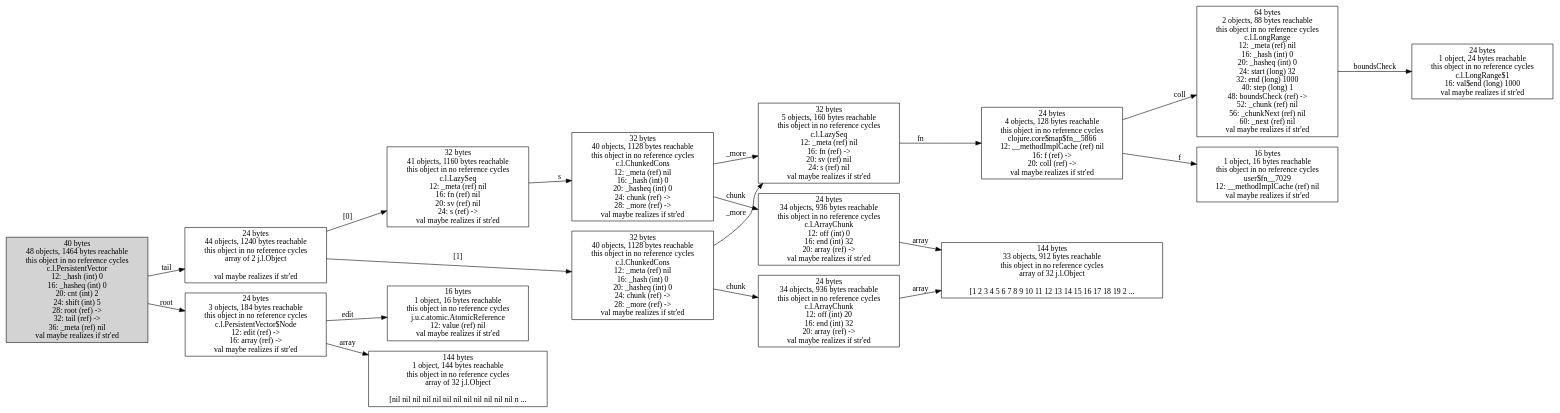
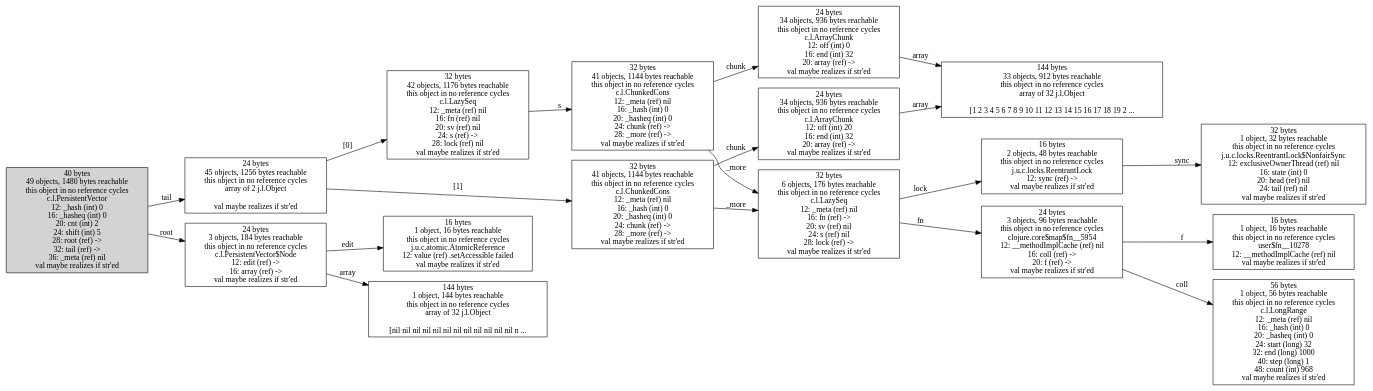
The diagram in doc/images/chunked-seq-and-nthrest-20-realized20.dot (jafingerhut/cljol), drawn with Graphviz before and after one commit. The commit also changed 50 other files, not shown here.

```diff
--- a/doc/images/chunked-seq-and-nthrest-20-realized20.dot
+++ b/doc/images/chunked-seq-and-nthrest-20-realized20.dot
@@ -1,152 +1,161 @@
 digraph {
-graph [layout=dot,rankdir=LR];
-"31898530784" ["scc-num-nodes"=1,label="32 bytes
-40 objects, 1128 bytes reachable
+graph [layout="dot",rankdir="LR"];
+"18113330240" ["reachable-only-from"=19212643200,"scc-num-nodes"=1,label="144 bytes
+33 objects, 912 bytes reachable
 this object in no reference cycles
-c.l.ChunkedCons
+array of 32 j.l.Object
+
+[1 2 3 4 5 6 7 8 9 10 11 12 13 14 15 16 17 18 19 2 ...",shape="box"];
+"18113331392" ["reachable-only-from"=19212643200,"scc-num-nodes"=1,label="32 bytes
+6 objects, 176 bytes reachable
+this object in no reference cycles
+c.l.LazySeq
 12: _meta (ref) nil
-16: _hash (int) 0
-20: _hasheq (int) 0
-24: chunk (ref) ->
-28: _more (ref) ->
-val maybe realizes if str'ed",shape=box];
-"31898491264" ["scc-num-nodes"=1,label="64 bytes
-2 objects, 88 bytes reachable
+16: fn (ref) ->
+20: sv (ref) nil
+24: s (ref) nil
+28: lock (ref) ->
+val maybe realizes if str'ed",shape="box"];
+"18113332288" ["reachable-only-from"=19212643200,"scc-num-nodes"=1,label="16 bytes
+1 object, 16 bytes reachable
+this object in no reference cycles
+user$fn__10278
+12: __methodImplCache (ref) nil
+val maybe realizes if str'ed",shape="box"];
+"19212643008" ["reachable-only-from"=19212643200,"scc-num-nodes"=1,label="24 bytes
+45 objects, 1256 bytes reachable
+this object in no reference cycles
+array of 2 j.l.Object
+
+val maybe realizes if str'ed",shape="box"];
+"17758699968" ["reachable-only-from"=19212643200,"scc-num-nodes"=1,label="24 bytes
+3 objects, 184 bytes reachable
+this object in no reference cycles
+c.l.PersistentVector$Node
+12: edit (ref) ->
+16: array (ref) ->
+val maybe realizes if str'ed",shape="box"];
+"18113331840" ["reachable-only-from"=19212643200,"scc-num-nodes"=1,label="56 bytes
+1 object, 56 bytes reachable
 this object in no reference cycles
 c.l.LongRange
 12: _meta (ref) nil
 16: _hash (int) 0
 20: _hasheq (int) 0
 24: start (long) 32
 32: end (long) 1000
 40: step (long) 1
-48: boundsCheck (ref) ->
-52: _chunk (ref) nil
-56: _chunkNext (ref) nil
-60: _next (ref) nil
-val maybe realizes if str'ed",shape=box];
-"31896926152" ["scc-num-nodes"=1,label="16 bytes
-1 object, 16 bytes reachable
-this object in no reference cycles
-user$fn__7029
-12: __methodImplCache (ref) nil
-val maybe realizes if str'ed",shape=box];
-"28992354792" ["scc-num-nodes"=1,label="16 bytes
-1 object, 16 bytes reachable
-this object in no reference cycles
-j.u.c.atomic.AtomicReference
-12: value (ref) nil
-val maybe realizes if str'ed",shape=box];
-"28991038320" ["scc-num-nodes"=1,label="24 bytes
-3 objects, 184 bytes reachable
-this object in no reference cycles
-c.l.PersistentVector$Node
-12: edit (ref) ->
-16: array (ref) ->
-val maybe realizes if str'ed",shape=box];
-"31898530728" ["scc-num-nodes"=1,label="32 bytes
-5 objects, 160 bytes reachable
+48: count (int) 968
+val maybe realizes if str'ed",shape="box"];
+"18113329536" ["reachable-only-from"=19212643200,"scc-num-nodes"=1,label="32 bytes
+42 objects, 1176 bytes reachable
 this object in no reference cycles
 c.l.LazySeq
 12: _meta (ref) nil
-16: fn (ref) ->
+16: fn (ref) nil
 20: sv (ref) nil
-24: s (ref) nil
-val maybe realizes if str'ed",shape=box];
-"31898491384" ["scc-num-nodes"=1,label="144 bytes
-33 objects, 912 bytes reachable
+24: s (ref) ->
+28: lock (ref) nil
+val maybe realizes if str'ed",shape="box"];
+"18113332544" ["reachable-only-from"=19212643200,"scc-num-nodes"=1,label="32 bytes
+1 object, 32 bytes reachable
 this object in no reference cycles
-array of 32 j.l.Object
-
-[1 2 3 4 5 6 7 8 9 10 11 12 13 14 15 16 17 18 19 2 ...",shape=box];
-"31934096080" ["scc-num-nodes"=1,label="32 bytes
-40 objects, 1128 bytes reachable
+j.u.c.locks.ReentrantLock$NonfairSync
+12: exclusiveOwnerThread (ref) nil
+16: state (int) 0
+20: head (ref) nil
+24: tail (ref) nil
+val maybe realizes if str'ed",shape="box"];
+"19212641920" ["reachable-only-from"=19212643200,"scc-num-nodes"=1,label="32 bytes
+41 objects, 1144 bytes reachable
 this object in no reference cycles
 c.l.ChunkedCons
 12: _meta (ref) nil
 16: _hash (int) 0
 20: _hasheq (int) 0
 24: chunk (ref) ->
 28: _more (ref) ->
-val maybe realizes if str'ed",shape=box];
-"31896926648" ["scc-num-nodes"=1,label="32 bytes
-41 objects, 1160 bytes reachable
+val maybe realizes if str'ed",shape="box"];
+"18113332416" ["reachable-only-from"=19212643200,"scc-num-nodes"=1,label="16 bytes
+2 objects, 48 bytes reachable
 this object in no reference cycles
-c.l.LazySeq
+j.u.c.locks.ReentrantLock
+12: sync (ref) ->
+val maybe realizes if str'ed",shape="box"];
+"17758700160" ["reachable-only-from"=19212643200,"scc-num-nodes"=1,label="16 bytes
+1 object, 16 bytes reachable
+this object in no reference cycles
+j.u.c.atomic.AtomicReference
+12: value (ref) .setAccessible failed
+val maybe realizes if str'ed",shape="box"];
+"18113331648" ["reachable-only-from"=19212643200,"scc-num-nodes"=1,label="24 bytes
+3 objects, 96 bytes reachable
+this object in no reference cycles
+clojure.core$map$fn__5954
+12: __methodImplCache (ref) nil
+16: coll (ref) ->
+20: f (ref) ->
+val maybe realizes if str'ed",shape="box"];
+"18113329792" ["reachable-only-from"=19212643200,"scc-num-nodes"=1,label="32 bytes
+41 objects, 1144 bytes reachable
+this object in no reference cycles
+c.l.ChunkedCons
 12: _meta (ref) nil
-16: fn (ref) nil
-20: sv (ref) nil
-24: s (ref) ->
-val maybe realizes if str'ed",shape=box];
-"31896926400" ["scc-num-nodes"=1,label="24 bytes
-1 object, 24 bytes reachable
+16: _hash (int) 0
+20: _hasheq (int) 0
+24: chunk (ref) ->
+28: _more (ref) ->
+val maybe realizes if str'ed",shape="box"];
+"17758700288" ["reachable-only-from"=19212643200,"scc-num-nodes"=1,label="144 bytes
+1 object, 144 bytes reachable
 this object in no reference cycles
-c.l.LongRange$1
-16: val$end (long) 1000
-val maybe realizes if str'ed",shape=box];
-"31934096712" ["scc-num-nodes"=1,label="24 bytes
-44 objects, 1240 bytes reachable
-this object in no reference cycles
-array of 2 j.l.Object
+array of 32 j.l.Object
 
-val maybe realizes if str'ed",shape=box];
-"31934096112" ["scc-num-nodes"=1,label="24 bytes
-34 objects, 936 bytes reachable
-this object in no reference cycles
-c.l.ArrayChunk
-12: off (int) 20
-16: end (int) 32
-20: array (ref) ->
-val maybe realizes if str'ed",shape=box];
-"31898530760" ["scc-num-nodes"=1,label="24 bytes
-4 objects, 128 bytes reachable
-this object in no reference cycles
-clojure.core$map$fn__5866
-12: __methodImplCache (ref) nil
-16: f (ref) ->
-20: coll (ref) ->
-val maybe realizes if str'ed",shape=box];
-"31898530704" ["scc-num-nodes"=1,label="24 bytes
+[nil nil nil nil nil nil nil nil nil nil nil nil n ...",shape="box"];
+"18113330048" ["reachable-only-from"=19212643200,"scc-num-nodes"=1,label="24 bytes
 34 objects, 936 bytes reachable
 this object in no reference cycles
 c.l.ArrayChunk
 12: off (int) 0
 16: end (int) 32
 20: array (ref) ->
-val maybe realizes if str'ed",shape=box];
-"31934096736" ["scc-num-nodes"=1,style=filled,label="40 bytes
-48 objects, 1464 bytes reachable
+val maybe realizes if str'ed",shape="box"];
+"19212643200" ["reachable-only-from"=19212643200,"scc-num-nodes"=1,style="filled","my-unique-total-size"=1480,"my-unique-num-reachable-nodes"=49,label="40 bytes
+49 objects, 1480 bytes reachable
 this object in no reference cycles
 c.l.PersistentVector
 12: _hash (int) 0
 16: _hasheq (int) 0
 20: cnt (int) 2
 24: shift (int) 5
 28: root (ref) ->
 32: tail (ref) ->
 36: _meta (ref) nil
-val maybe realizes if str'ed",shape=box];
-"28996845768" ["scc-num-nodes"=1,label="144 bytes
-1 object, 144 bytes reachable
+val maybe realizes if str'ed",shape="box"];
+"19212642176" ["reachable-only-from"=19212643200,"scc-num-nodes"=1,label="24 bytes
+34 objects, 936 bytes reachable
 this object in no reference cycles
-array of 32 j.l.Object
-
-[nil nil nil nil nil nil nil nil nil nil nil nil n ...",shape=box];
-"31898530784" -> "31898530704" ["field-name"=chunk,label=chunk];
-"31898530784" -> "31898530728" ["field-name"=_more,label=_more];
-"31898491264" -> "31896926400" ["field-name"=boundsCheck,label=boundsCheck];
-"28991038320" -> "28992354792" ["field-name"=edit,label=edit];
-"28991038320" -> "28996845768" ["field-name"=array,label=array];
-"31898530728" -> "31898530760" ["field-name"=fn,label=fn];
-"31934096080" -> "31934096112" ["field-name"=chunk,label=chunk];
-"31934096080" -> "31898530728" ["field-name"=_more,label=_more];
-"31896926648" -> "31898530784" ["field-name"=s,label=s];
-"31934096712" -> "31896926648" ["field-name"="[0]",label="[0]"];
-"31934096712" -> "31934096080" ["field-name"="[1]",label="[1]"];
-"31934096112" -> "31898491384" ["field-name"=array,label=array];
-"31898530760" -> "31896926152" ["field-name"=f,label=f];
-"31898530760" -> "31898491264" ["field-name"=coll,label=coll];
-"31898530704" -> "31898491384" ["field-name"=array,label=array];
-"31934096736" -> "28991038320" ["field-name"=root,label=root];
-"31934096736" -> "31934096712" ["field-name"=tail,label=tail];
+c.l.ArrayChunk
+12: off (int) 20
+16: end (int) 32
+20: array (ref) ->
+val maybe realizes if str'ed",shape="box"];
+"18113331392" -> "18113331648" ["field-name"="fn",label="fn"];
+"18113331392" -> "18113332416" ["field-name"="lock",label="lock"];
+"19212643008" -> "18113329536" ["field-name"="[0]",label="[0]"];
+"19212643008" -> "19212641920" ["field-name"="[1]",label="[1]"];
+"17758699968" -> "17758700160" ["field-name"="edit",label="edit"];
+"17758699968" -> "17758700288" ["field-name"="array",label="array"];
+"18113329536" -> "18113329792" ["field-name"="s",label="s"];
+"19212641920" -> "19212642176" ["field-name"="chunk",label="chunk"];
+"19212641920" -> "18113331392" ["field-name"="_more",label="_more"];
+"18113332416" -> "18113332544" ["field-name"="sync",label="sync"];
+"18113331648" -> "18113331840" ["field-name"="coll",label="coll"];
+"18113331648" -> "18113332288" ["field-name"="f",label="f"];
+"18113329792" -> "18113330048" ["field-name"="chunk",label="chunk"];
+"18113329792" -> "18113331392" ["field-name"="_more",label="_more"];
+"18113330048" -> "18113330240" ["field-name"="array",label="array"];
+"19212643200" -> "17758699968" ["field-name"="root",label="root"];
+"19212643200" -> "19212643008" ["field-name"="tail",label="tail"];
+"19212642176" -> "18113330240" ["field-name"="array",label="array"];
 } 
```
